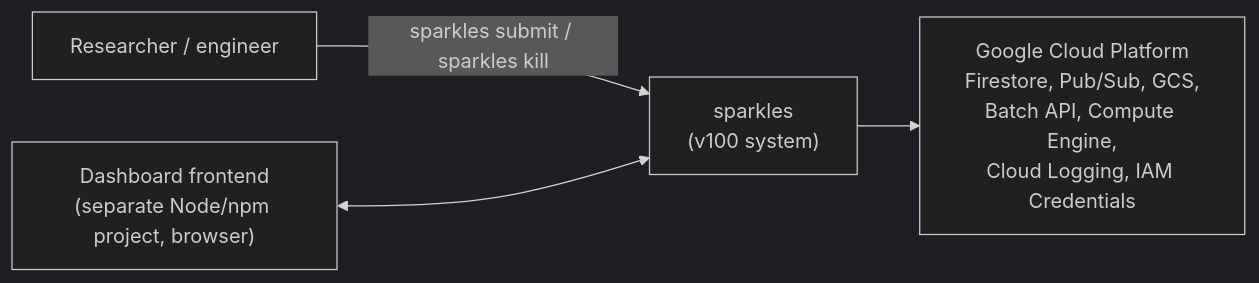
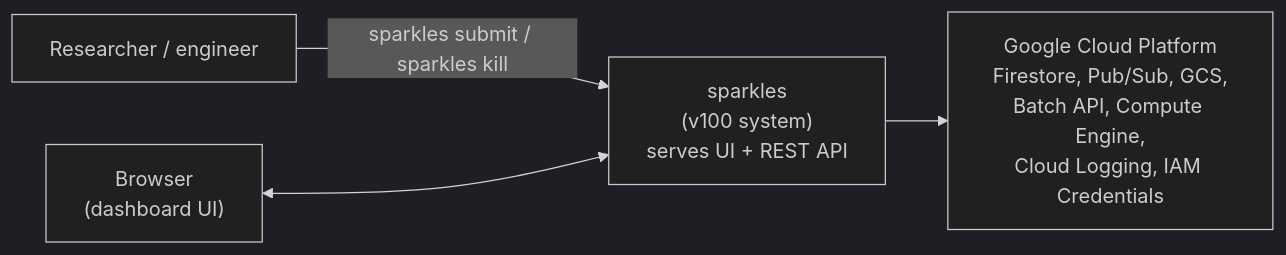
The diagram in v100/docs/arc42/03-context-scope.md (broadinstitute/sparklespray), drawn with Mermaid (dark theme) before and after one commit. The commit also changed other lines of this file and 2 other files, not shown here.

First line of the commit message:
Update arc42 docs to reflect embedded dashboard UI

````diff
--- a/v100/docs/arc42/03-context-scope.md
+++ b/v100/docs/arc42/03-context-scope.md
@@ -5,11 +5,11 @@
 ```mermaid
 graph LR
     User["Researcher / engineer"]
-    Frontend["Dashboard frontend<br/>(separate Node/npm project, browser)"]
-    Sparkles["sparkles<br/>(v100 system)"]
+    Browser["Browser<br/>(dashboard UI)"]
+    Sparkles["sparkles<br/>(v100 system)<br/>serves UI + REST API"]
     GCP["Google Cloud Platform<br/>Firestore, Pub/Sub, GCS,<br/>Batch API, Compute Engine,<br/>Cloud Logging, IAM Credentials"]
 
     User -->|"sparkles submit / sparkles kill"| Sparkles
-    Frontend <--> Sparkles
+    Browser <--> Sparkles
     Sparkles --> GCP
 ```
````
